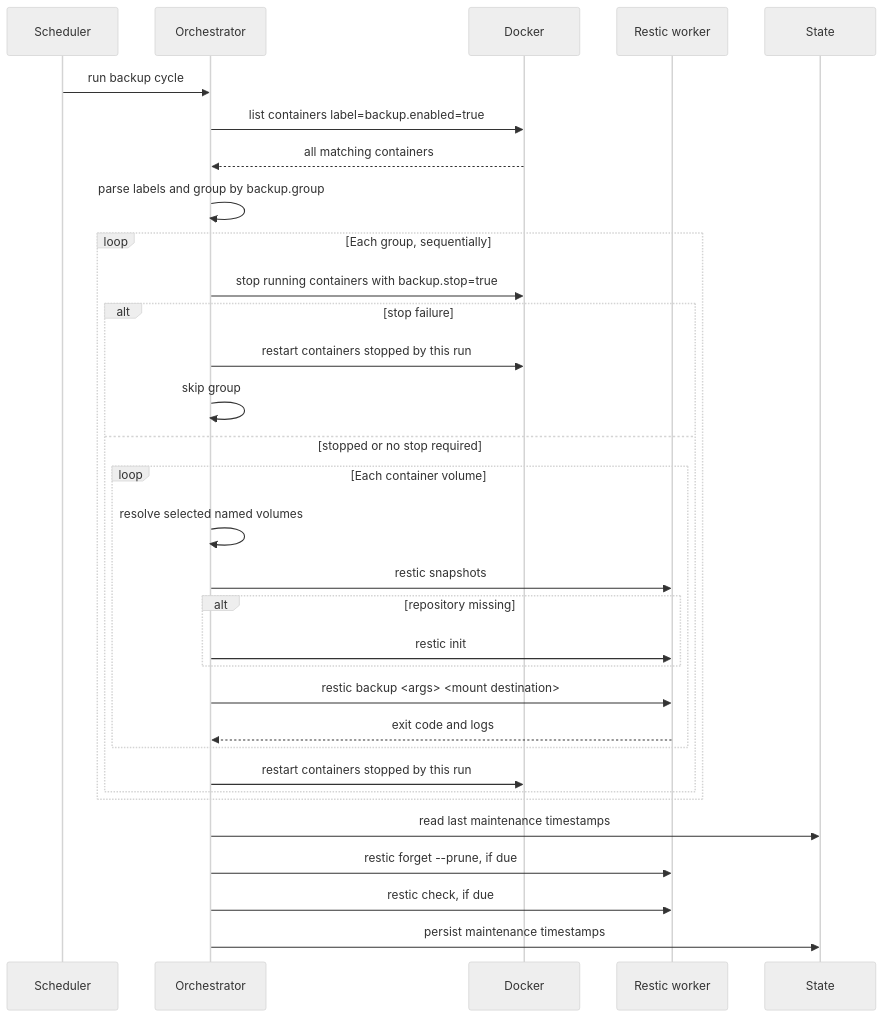
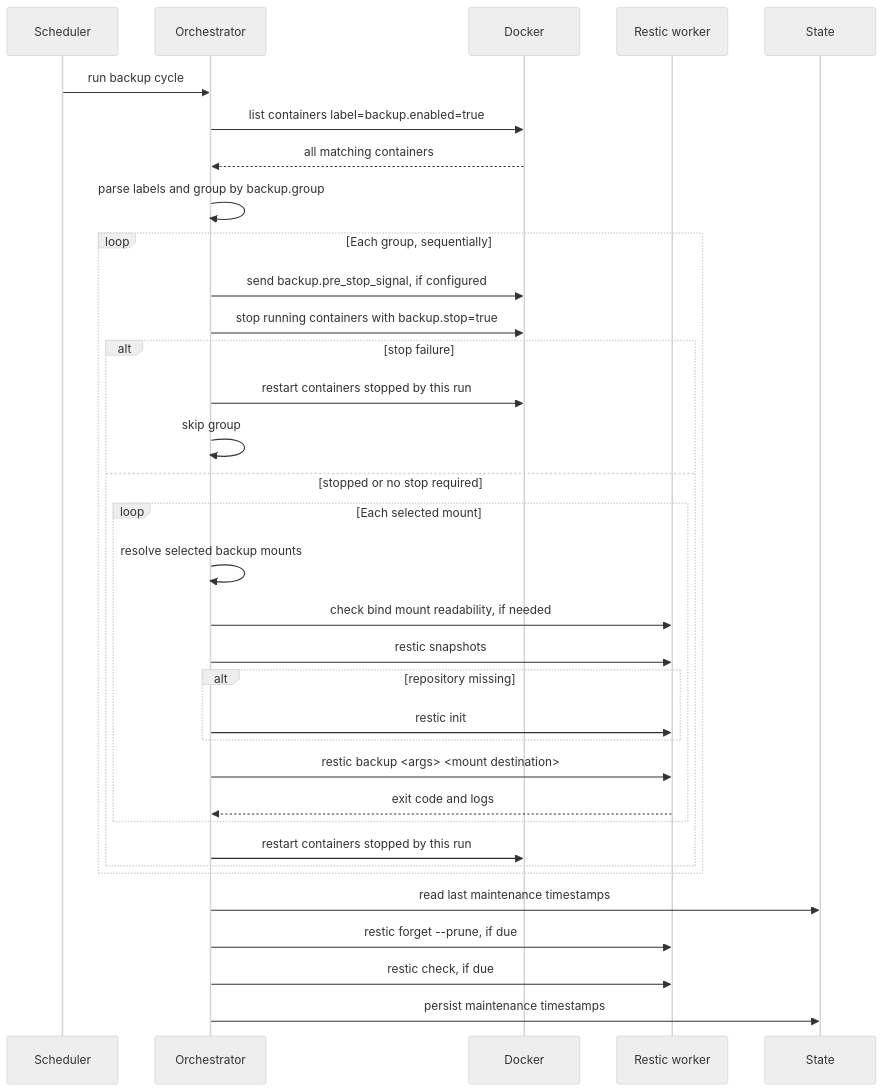
One commit to jakob1379/opigen changed the diagram in README.md. Above: the diagram before and after it, drawn with Mermaid (neutral theme). The commit also changed other lines of this file and 17 other files, not shown here.

````diff
--- a/README.md
+++ b/README.md
@@ -238,37 +271,39 @@
 ```mermaid
 sequenceDiagram
     participant Scheduler
     participant Orchestrator
     participant Docker
     participant Worker as Restic worker
     participant State
 
     Scheduler->>Orchestrator: run backup cycle
     Orchestrator->>Docker: list containers label=backup.enabled=true
     Docker-->>Orchestrator: all matching containers
     Orchestrator->>Orchestrator: parse labels and group by backup.group
 
     loop Each group, sequentially
+        Orchestrator->>Docker: send backup.pre_stop_signal, if configured
         Orchestrator->>Docker: stop running containers with backup.stop=true
         alt stop failure
             Orchestrator->>Docker: restart containers stopped by this run
             Orchestrator->>Orchestrator: skip group
         else stopped or no stop required
-            loop Each container volume
-                Orchestrator->>Orchestrator: resolve selected named volumes
+            loop Each selected mount
+                Orchestrator->>Orchestrator: resolve selected backup mounts
+                Orchestrator->>Worker: check bind mount readability, if needed
                 Orchestrator->>Worker: restic snapshots
                 alt repository missing
                     Orchestrator->>Worker: restic init
                 end
                 Orchestrator->>Worker: restic backup <args> <mount destination>
                 Worker-->>Orchestrator: exit code and logs
             end
             Orchestrator->>Docker: restart containers stopped by this run
         end
     end
 
     Orchestrator->>State: read last maintenance timestamps
     Orchestrator->>Worker: restic forget --prune, if due
     Orchestrator->>Worker: restic check, if due
     Orchestrator->>State: persist maintenance timestamps
 ```
````
